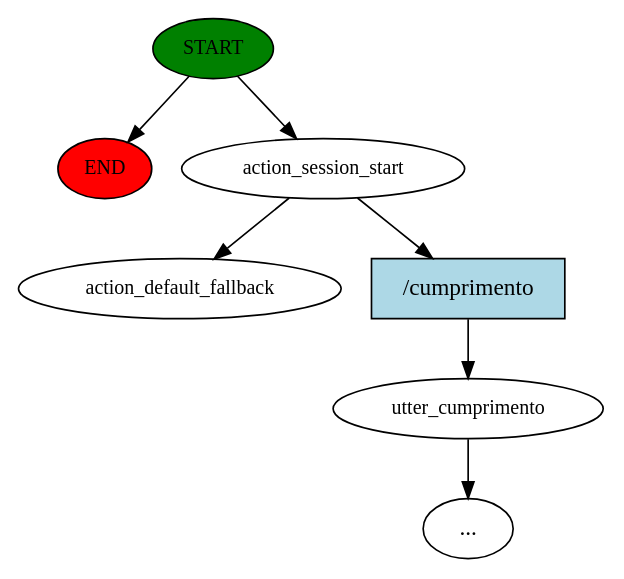
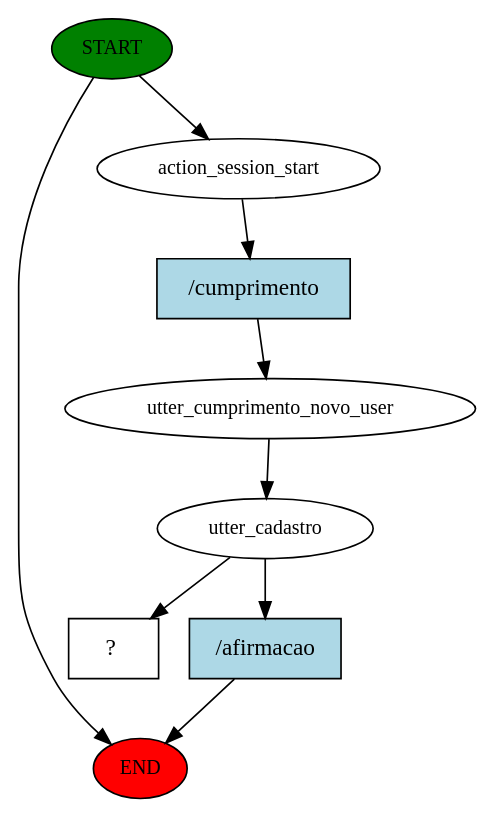
One commit to JuanFSR/JAM-Bot changed the diagram in src/story_graph.dot. Above: the diagram before and after it, drawn with Graphviz. The commit also changed 4 other files, not shown here.

```diff
--- a/src/story_graph.dot
+++ b/src/story_graph.dot
@@ -1,15 +1,18 @@
 digraph  {
 0 [class="start active", fillcolor=green, fontsize=12, label=START, style=filled];
 "-1" [class=end, fillcolor=red, fontsize=12, label=END, style=filled];
 1 [class=active, fontsize=12, label=action_session_start];
-2 [class="", fontsize=12, label=utter_cumprimento];
-"-3" [class=ellipsis, label="..."];
-4 [class="dashed active", fontsize=12, label=action_default_fallback];
-5 [class=intent, fillcolor=lightblue, label="/cumprimento", shape=rect, style=filled];
+2 [class=active, fontsize=12, label=utter_cumprimento_novo_user];
+3 [class=active, fontsize=12, label=utter_cadastro];
+7 [class="intent dashed active", label="  ?  ", shape=rect];
+8 [class="intent active", fillcolor=lightblue, label="/cumprimento", shape=rect, style=filled];
+9 [class=intent, fillcolor=lightblue, label="/afirmacao", shape=rect, style=filled];
 0 -> "-1"  [class="", key=NONE, label=""];
 0 -> 1  [class=active, key=NONE, label=""];
-1 -> 4  [class=active, key=NONE, label=""];
-1 -> 5  [class="", key=0];
-2 -> "-3"  [class="", key=NONE, label=""];
-5 -> 2  [class="", key=0];
+1 -> 8  [class=active, key=0];
+2 -> 3  [class=active, key=NONE, label=""];
+3 -> 7  [class=active, key=NONE, label=""];
+3 -> 9  [class="", key=0];
+8 -> 2  [class=active, key=0];
+9 -> "-1"  [class="", key=0];
 }
```
